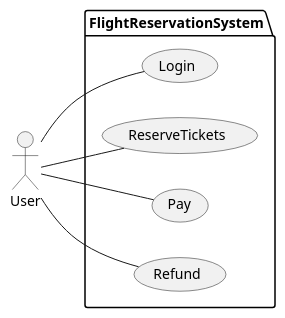
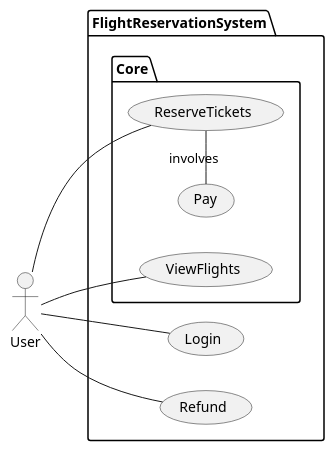
The diagram in doc/analysis/use case graph.puml (Deuchier/flight_manager_V1), drawn with PlantUML before and after one commit. The commit also changed 9 other files, not shown here.

Commit message:
- add interface of the reserve_tickets.rs session.

```diff
--- a/doc/analysis/use case graph.puml
+++ b/doc/analysis/use case graph.puml
@@ -1,20 +1,25 @@
 @startuml
 
 left to right direction
 
 package FlightReservationSystem {
     (Login) as L
-    (ReserveTickets) as RT
-    (Pay) as P
+    package Core {
+        (ViewFlights) as V
+        (ReserveTickets) as RT
+        (Pay) as P
+
+        RT -left- P : involves
+    }
     (Refund) as R
 }
 
 Actor User as U
 
 U -- L
 U -- RT
 U -- R
-U -- P
+U -- V
 
 
 @enduml
```
